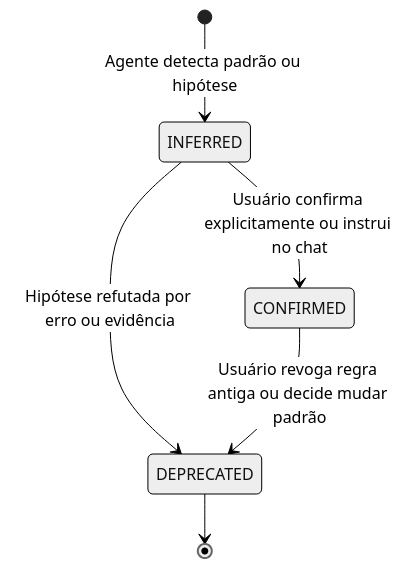
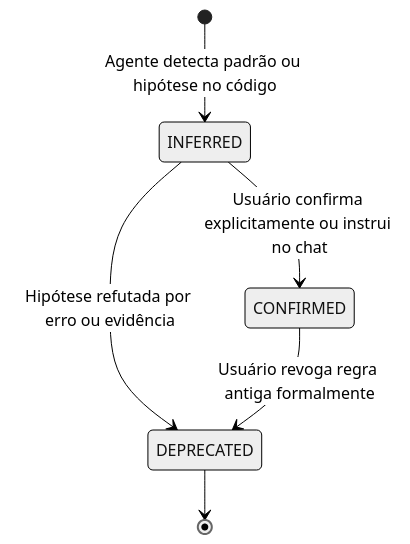
The first of 3 diagrams in docs/architecture/TRIPLE_MEMORY.md (danielribeiro-dev/orion-agent), drawn with Mermaid (neutral theme) before and after one commit. The commit also changed other lines of this file and 9 other files, not shown here.

Commit message:
docs: update v0.2.0 roadmap and planning specifications

````diff
--- a/docs/architecture/TRIPLE_MEMORY.md
+++ b/docs/architecture/TRIPLE_MEMORY.md
@@ -50,8 +71,8 @@
   ```mermaid
   stateDiagram-v2
-      [*] --> INFERRED: Agente detecta padrão ou hipótese
+      [*] --> INFERRED: Agente detecta padrão ou hipótese no código
       INFERRED --> CONFIRMED: Usuário confirma explicitamente ou instrui no chat
       INFERRED --> DEPRECATED: Hipótese refutada por erro ou evidência
-      CONFIRMED --> DEPRECATED: Usuário revoga regra antiga ou decide mudar padrão
+      CONFIRMED --> DEPRECATED: Usuário revoga regra antiga formalmente
       DEPRECATED --> [*]
   ```
````
